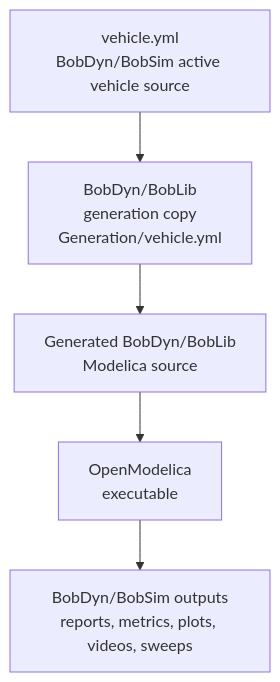
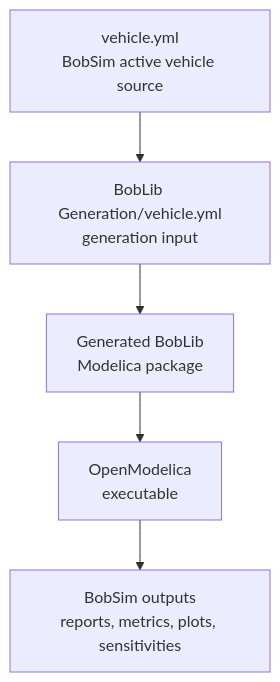
One commit to BobDyn/BobDocs changed the diagram in docs/bobsim/index.md. Above: the diagram before and after it, drawn with Mermaid. The commit also changed other lines of this file and 27 other files, not shown here.

````diff
--- a/docs/bobsim/index.md
+++ b/docs/bobsim/index.md
@@ -38,13 +36,13 @@
 ```mermaid
 flowchart TB
-    vehicle["vehicle.yml<br/>BobDyn/BobSim active vehicle source"]
-    synced["BobDyn/BobLib<br/>generation copy<br/>Generation/vehicle.yml"]
-    generated["Generated BobDyn/BobLib<br/>Modelica source"]
+    vehicle["vehicle.yml<br/>BobSim active vehicle source"]
+    copy["BobLib Generation/vehicle.yml<br/>generation input"]
+    modelica["Generated BobLib<br/>Modelica package"]
     executable["OpenModelica<br/>executable"]
-    outputs["BobDyn/BobSim outputs<br/>reports, metrics, plots, videos, sweeps"]
+    outputs["BobSim outputs<br/>reports, metrics, plots, sensitivities"]
 
-    vehicle --> synced
-    synced --> generated
-    generated --> executable
+    vehicle --> copy
+    copy --> modelica
+    modelica --> executable
     executable --> outputs
 ```
````
